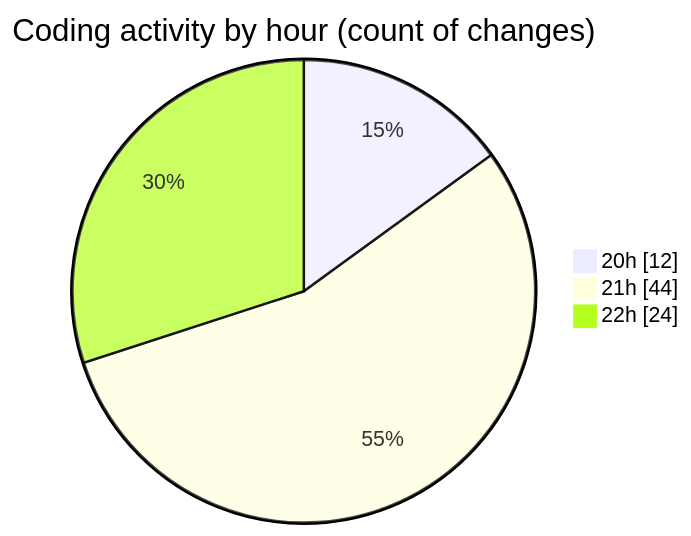
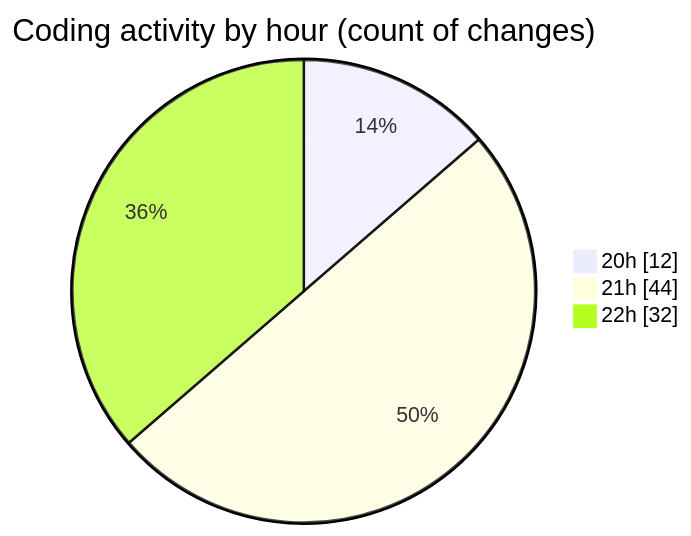
The second of 2 diagrams in 2025-04-24/echo/README.md (Netris89/code-tracking), drawn with Mermaid before and after one commit. The commit also changed other lines of this file and 1 other file, not shown here.

````diff
--- a/2025-04-24/echo/README.md
+++ b/2025-04-24/echo/README.md
@@ -30,7 +32,7 @@
 ```mermaid
 pie showData
 title Coding activity by hour (count of changes)
 "20h" : 12
 "21h" : 44
-"22h" : 24
+"22h" : 32
 ```
````
